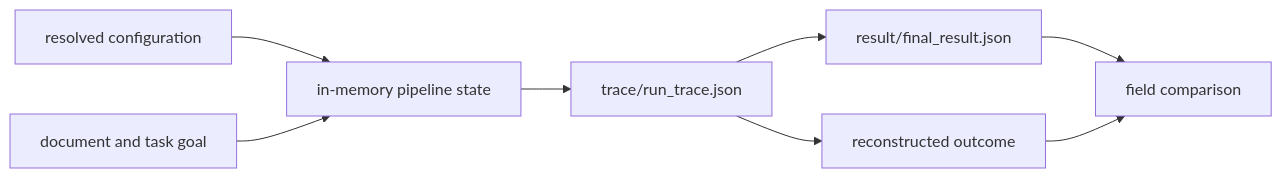
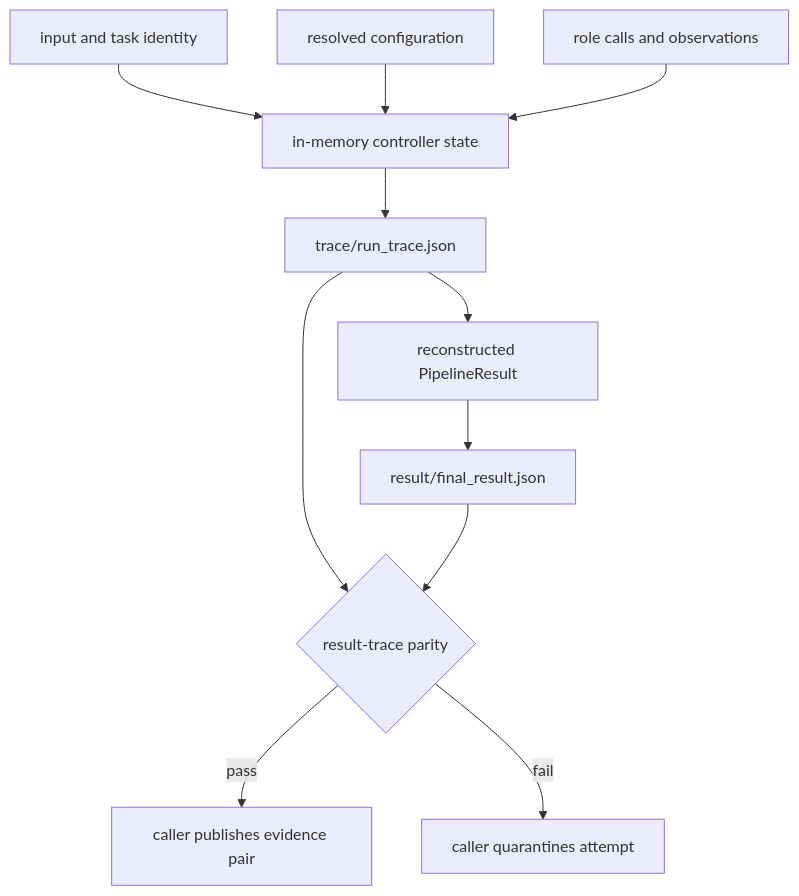
One commit to bijux/bijux-canon changed the first of 2 diagrams in docs/05-bijux-canon-agent/architecture/state-and-persistence.md. Above: the diagram before and after it, drawn with Mermaid. The commit also changed other lines of this file and 1 other file, not shown here.

````diff
--- a/docs/05-bijux-canon-agent/architecture/state-and-persistence.md
+++ b/docs/05-bijux-canon-agent/architecture/state-and-persistence.md
@@ -28,10 +18,13 @@
 ```mermaid
-flowchart LR
-    config["resolved configuration"] --> pipeline["in-memory pipeline state"]
-    input["document and task goal"] --> pipeline
-    pipeline --> trace["trace/run_trace.json"]
-    trace --> result["result/final_result.json"]
-    trace --> replay["reconstructed outcome"]
-    result --> compare["field comparison"]
-    replay --> compare
+flowchart TD
+    input["input and task identity"] --> working["in-memory controller state"]
+    config["resolved configuration"] --> working
+    provider["role calls and observations"] --> working
+    working --> trace["trace/run_trace.json"]
+    trace --> derived["reconstructed PipelineResult"]
+    derived --> result["result/final_result.json"]
+    trace --> parity{"result-trace parity"}
+    result --> parity
+    parity -->|pass| publish["caller publishes evidence pair"]
+    parity -->|fail| quarantine["caller quarantines attempt"]
 ```
````
